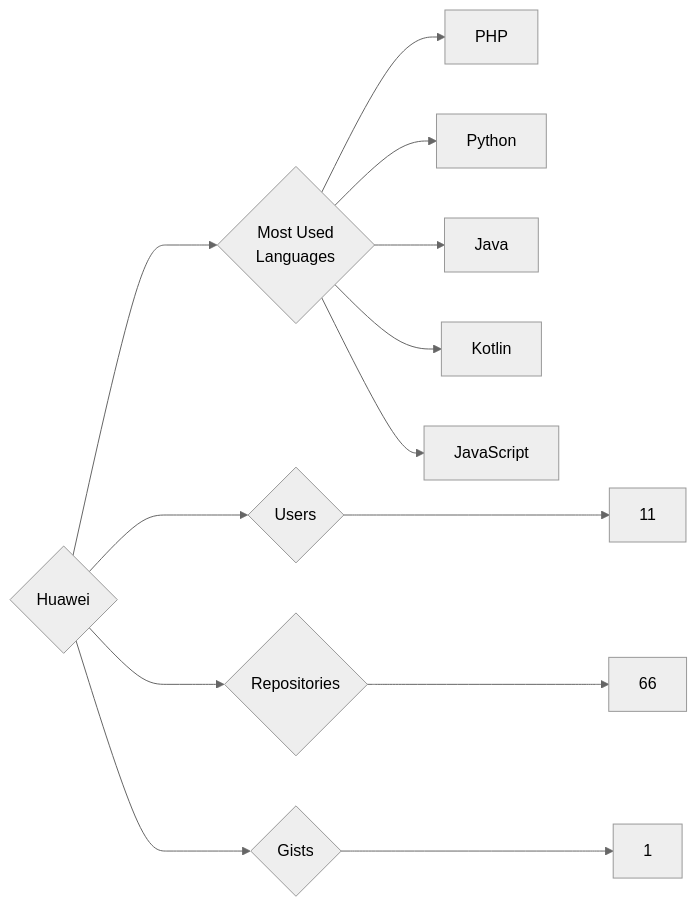
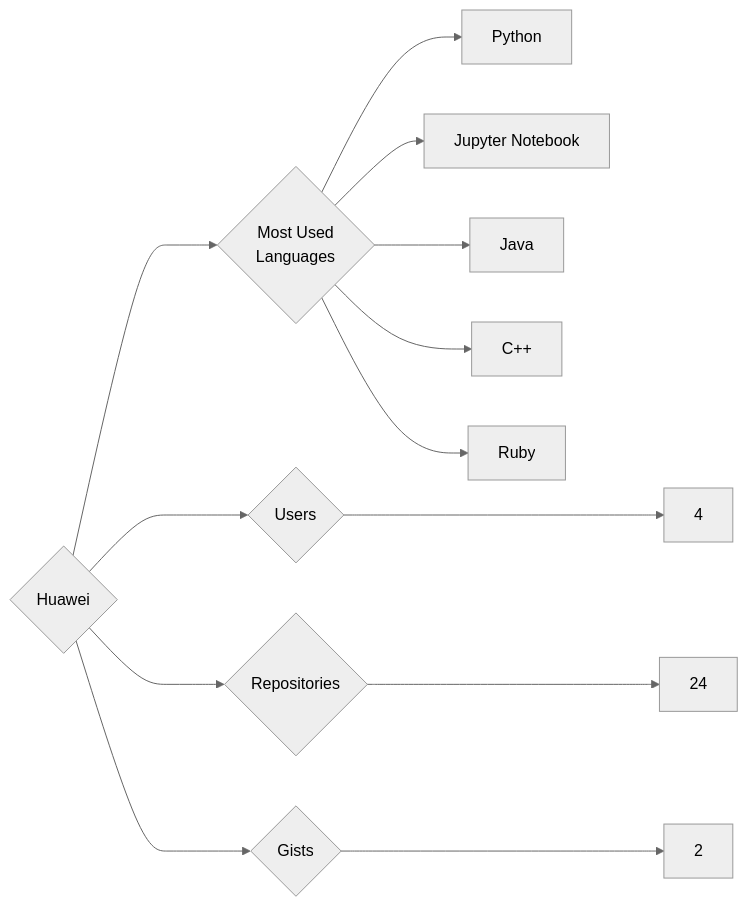
One commit to trickest/insiders changed the diagram in targets/Huawei/README.md. Above: the diagram before and after it, drawn with Mermaid (neutral theme). The commit also changed 933 other files, not shown here.

````diff
--- a/targets/Huawei/README.md
+++ b/targets/Huawei/README.md
@@ -3,13 +3,13 @@
 ```mermaid
 graph LR
 COMPANY_NAME{Huawei}
-COMPANY_NAME ---> U{Users} ---> UN[11]
-COMPANY_NAME ---> R{Repositories} ---> RN[66]
-COMPANY_NAME ---> G{Gists} ---> GN[1]
+COMPANY_NAME ---> U{Users} ---> UN[4]
+COMPANY_NAME ---> R{Repositories} ---> RN[24]
+COMPANY_NAME ---> G{Gists} ---> GN[2]
 COMPANY_NAME ---> ML{Most Used<br>Languages}
-ML --> PHP[PHP]
 ML --> Python[Python]
+ML --> Jupyter_Notebook[Jupyter Notebook]
 ML --> Java[Java]
-ML --> Kotlin[Kotlin]
-ML --> JavaScript[JavaScript]
+ML --> C++[C++]
+ML --> Ruby[Ruby]
 ```
````
